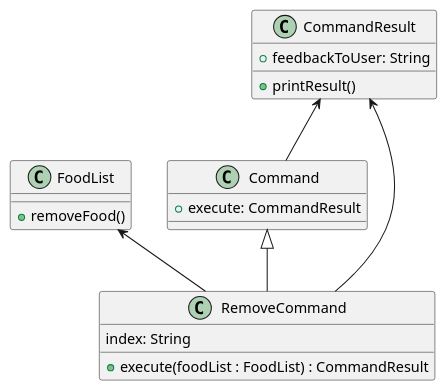
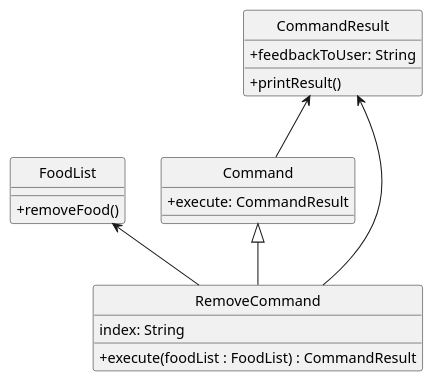
Before and after one commit to tsx0314/tp: the diagram in docs/puml/RemoveCommandClassDiagram.puml, drawn with PlantUML.

Commit message:
Refactor Remove Command class diagram

```diff
--- a/docs/puml/RemoveCommandClassDiagram.puml
+++ b/docs/puml/RemoveCommandClassDiagram.puml
@@ -1,27 +1,31 @@
 @startuml
 'https://plantuml.com/class-diagram
+
+hide circle
+hide footbox
+skinparam classAttributeIconSize 0
 
 Command <|-- RemoveCommand
 FoodList <-- RemoveCommand
 CommandResult <-- RemoveCommand
 CommandResult <-- Command
 
 class Command{
     +execute: CommandResult
 }
 
 class RemoveCommand{
     index: String
     +execute(foodList : FoodList) : CommandResult
 
 }
 
 class CommandResult{
     +feedbackToUser: String
     +printResult()
 }
 
 class FoodList{
     +removeFood()
 }
 @enduml
```
